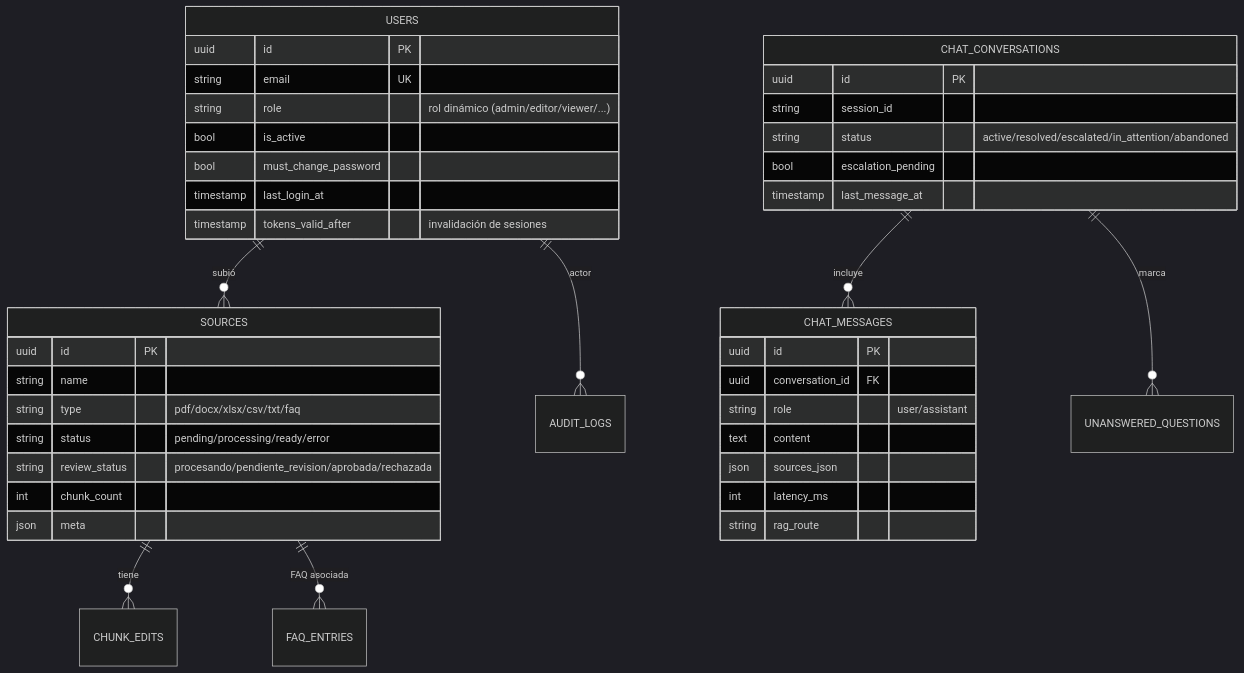
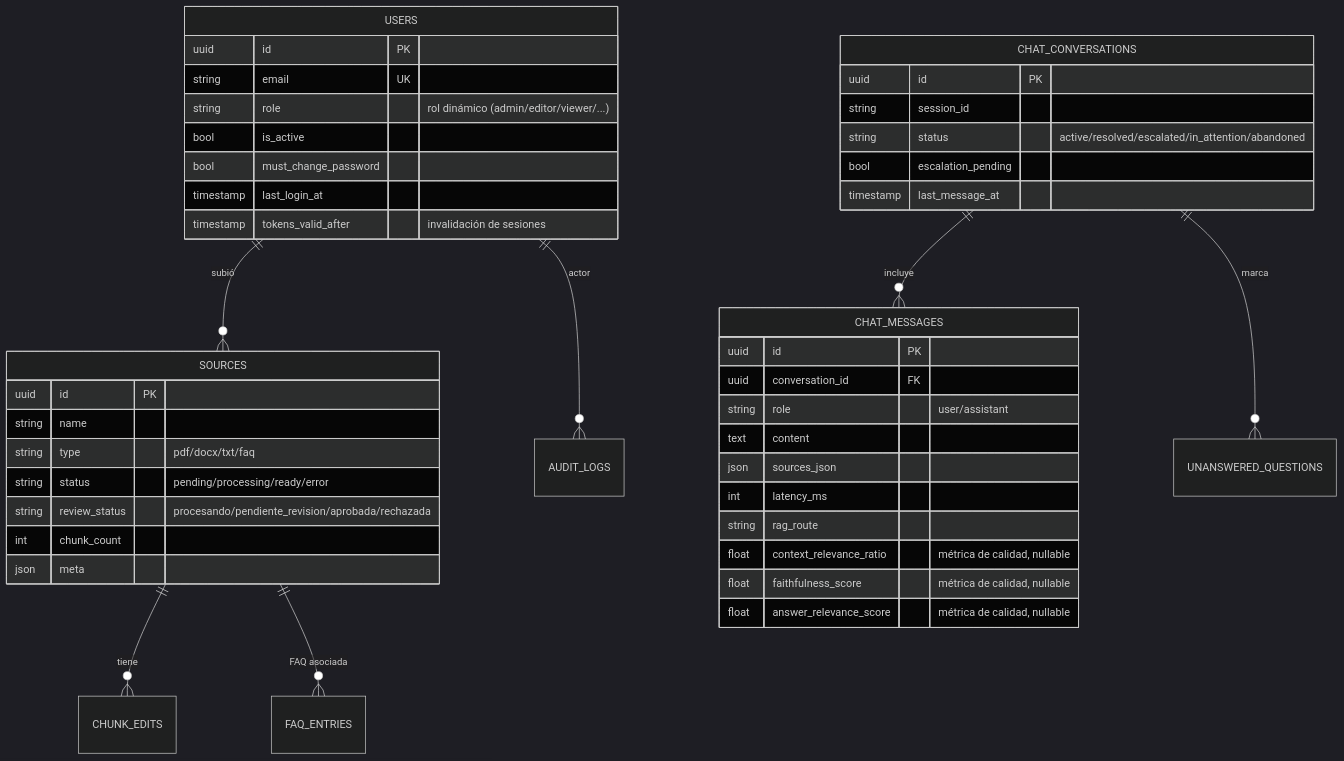
The fifth of 6 diagrams in docs/ARCHITECTURE.md (AdoDeveloper/chatbot-uso), drawn with Mermaid (dark theme) before and after one commit. The commit also changed other lines of this file and 10 other files, not shown here.

````diff
--- a/docs/ARCHITECTURE.md
+++ b/docs/ARCHITECTURE.md
@@ -230,50 +226,53 @@
 ```mermaid
 erDiagram
     USERS ||--o{ SOURCES : "subió"
     USERS ||--o{ AUDIT_LOGS : "actor"
 
     SOURCES ||--o{ CHUNK_EDITS : "tiene"
     SOURCES ||--o{ FAQ_ENTRIES : "FAQ asociada"
 
     CHAT_CONVERSATIONS ||--o{ CHAT_MESSAGES : "incluye"
     CHAT_CONVERSATIONS ||--o{ UNANSWERED_QUESTIONS : "marca"
 
     USERS {
         uuid id PK
         string email UK
         string role "rol dinámico (admin/editor/viewer/...)"
         bool is_active
         bool must_change_password
         timestamp last_login_at
         timestamp tokens_valid_after "invalidación de sesiones"
     }
 
     SOURCES {
         uuid id PK
         string name
-        string type "pdf/docx/xlsx/csv/txt/faq"
+        string type "pdf/docx/txt/faq"
         string status "pending/processing/ready/error"
         string review_status "procesando/pendiente_revision/aprobada/rechazada"
         int chunk_count
         json meta
     }
 
     CHAT_CONVERSATIONS {
         uuid id PK
         string session_id
         string status "active/resolved/escalated/in_attention/abandoned"
         bool escalation_pending
         timestamp last_message_at
     }
 
     CHAT_MESSAGES {
         uuid id PK
         uuid conversation_id FK
         string role "user/assistant"
         text content
         json sources_json
         int latency_ms
         string rag_route
+        float context_relevance_ratio "métrica de calidad, nullable"
+        float faithfulness_score "métrica de calidad, nullable"
+        float answer_relevance_score "métrica de calidad, nullable"
     }
 
 ```
````
